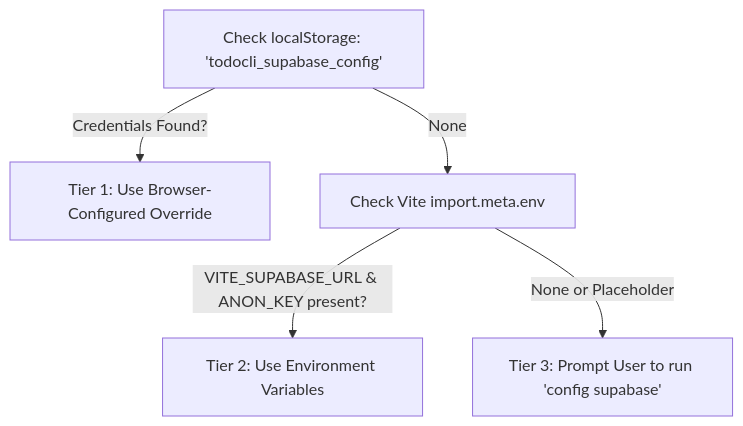
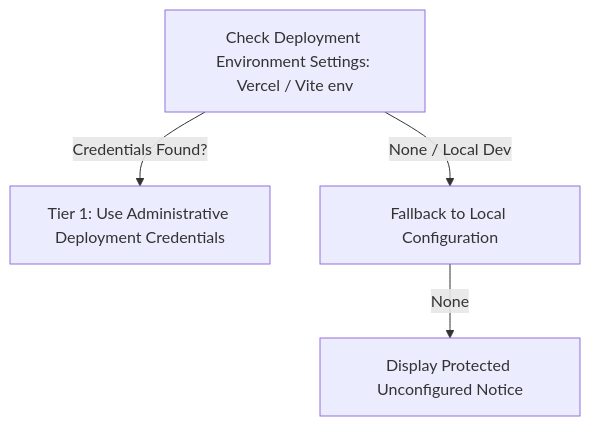
Before and after one commit to mizan-mondal/todocli: the sixth of 6 diagrams in DOCUMENTATION.md, drawn with Mermaid. The commit also changed other lines of this file and 7 other files, not shown here.

````diff
--- a/DOCUMENTATION.md
+++ b/DOCUMENTATION.md
@@ -768,7 +764,6 @@
 ```mermaid
 graph TD
-    A[Check localStorage: 'todocli_supabase_config'] -->|Credentials Found?| B[Tier 1: Use Browser-Configured Override]
-    A -->|None| C[Check Vite import.meta.env]
-    C -->|VITE_SUPABASE_URL & ANON_KEY present?| D[Tier 2: Use Environment Variables]
-    C -->|None or Placeholder| E[Tier 3: Prompt User to run 'config supabase']
+    A[Check Deployment Environment Settings: Vercel / Vite env] -->|Credentials Found?| B[Tier 1: Use Administrative Deployment Credentials]
+    A -->|None / Local Dev| C[Fallback to Local Configuration]
+    C -->|None| D[Display Protected Unconfigured Notice]
 ```
````
